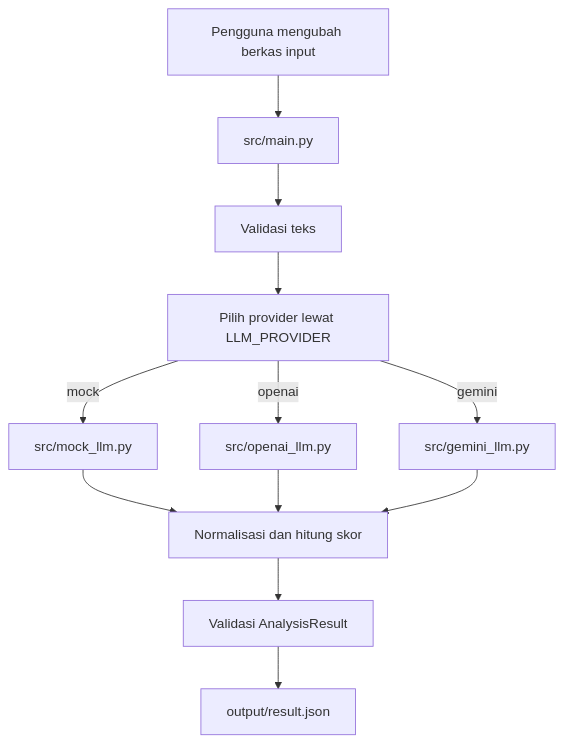
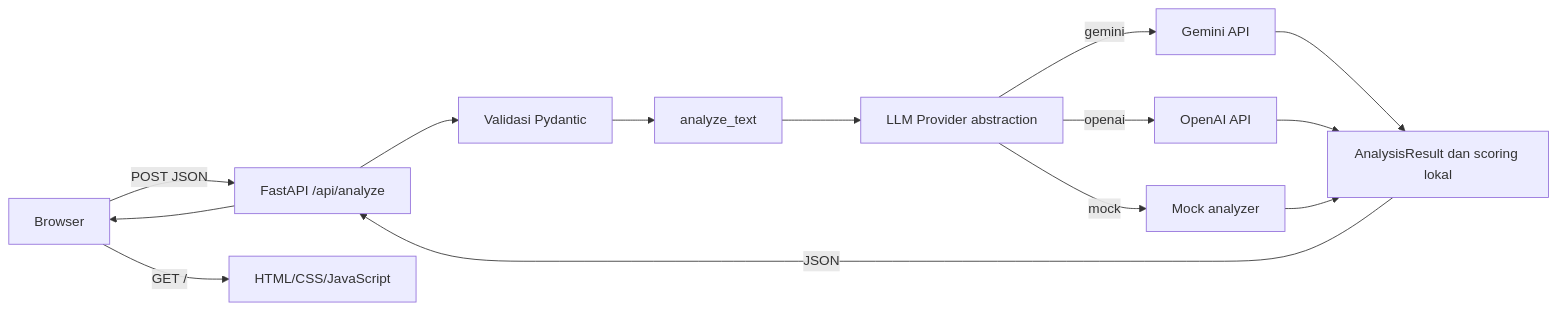
One commit to tegarokta10/ai-job-research changed the diagram in docs/03-system-design.md. Above: the diagram before and after it, drawn with Mermaid. The commit also changed other lines of this file and 19 other files, not shown here.

````diff
--- a/docs/03-system-design.md
+++ b/docs/03-system-design.md
@@ -27,14 +27,16 @@
 ```mermaid
-flowchart TD
-    U[Pengguna mengubah berkas input] --> M[src/main.py]
-    M --> V[Validasi teks]
-    V --> S[Pilih provider lewat LLM_PROVIDER]
-    S -->|mock| MOCK[src/mock_llm.py]
-    S -->|openai| OAI[src/openai_llm.py]
-    S -->|gemini| GEM[src/gemini_llm.py]
-    MOCK --> R[Normalisasi dan hitung skor]
-    OAI --> R
-    GEM --> R
-    R --> P[Validasi AnalysisResult]
-    P --> J[output/result.json]
+flowchart LR
+    B[Browser] -->|POST JSON| API[FastAPI /api/analyze]
+    API --> V[Validasi Pydantic]
+    V --> S[analyze_text]
+    S --> L[LLM Provider abstraction]
+    L -->|gemini| G[Gemini API]
+    L -->|openai| O[OpenAI API]
+    L -->|mock| M[Mock analyzer]
+    G --> R[AnalysisResult dan scoring lokal]
+    O --> R
+    M --> R
+    R -->|JSON| API
+    API --> B
+    B -->|GET /| UI[HTML/CSS/JavaScript]
 ```
````
